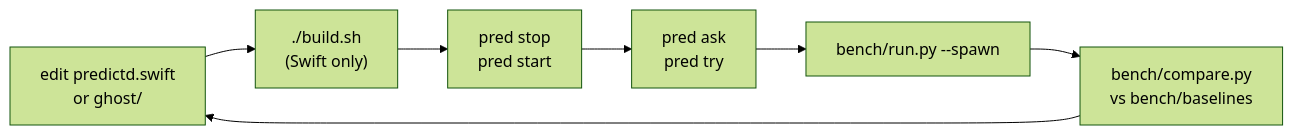
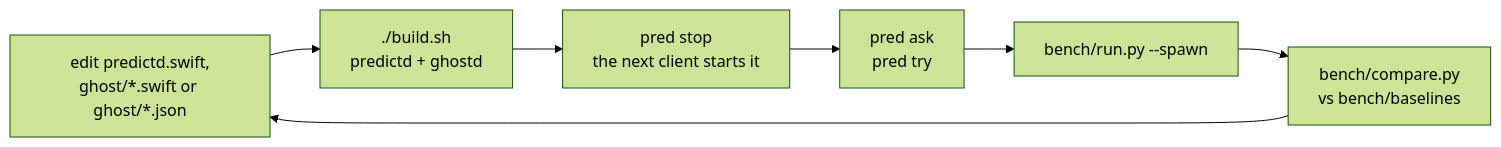
Before and after one commit to FreemanX/Homeword: the second of 2 diagrams in docs/DEVELOPING.md, drawn with Mermaid (forest theme). The commit also changed other lines of this file and 11 other files, not shown here.

First line of the commit message:
Docs: the engine as two Swift processes, who starts what, ghostd internals

````diff
--- a/docs/DEVELOPING.md
+++ b/docs/DEVELOPING.md
@@ -168,9 +168,9 @@
 ```mermaid
 flowchart LR
-    edit["edit predictd.swift<br/>or ghost/"] --> build["./build.sh<br/>(Swift only)"]
-    build --> restart["pred stop<br/>pred start"]
+    edit["edit predictd.swift,<br/>ghost/*.swift or ghost/*.json"] --> build["./build.sh<br/>predictd + ghostd"]
+    build --> restart["pred stop<br/>the next client starts it"]
     restart --> ask["pred ask<br/>pred try"]
     ask --> bench["bench/run.py --spawn"]
     bench --> cmp["bench/compare.py<br/>vs bench/baselines"]
     cmp --> edit
 ```
````
